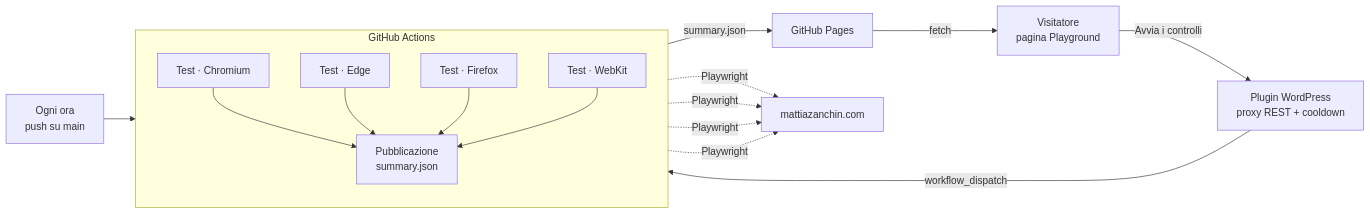
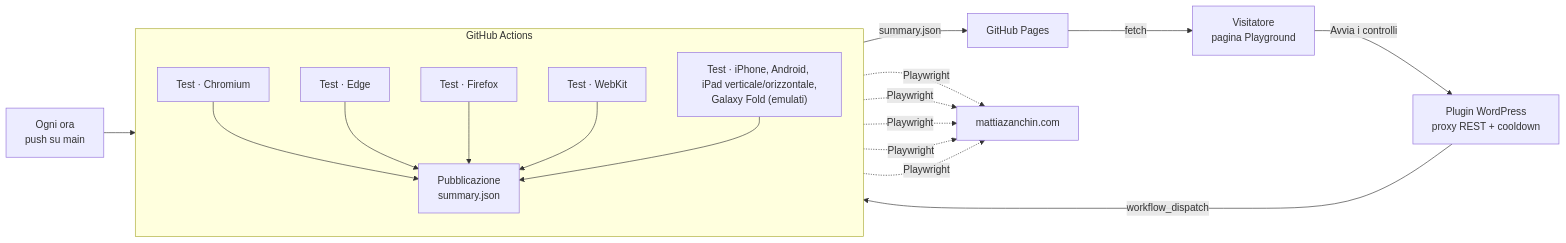
The diagram in README.it.md (MattiaZanchin94/website-quality-lab), drawn with Mermaid before and after one commit. The commit also changed other lines of this file and 7 other files, not shown here.

````diff
--- a/README.it.md
+++ b/README.it.md
@@ -16,13 +16,13 @@
 ```mermaid
 flowchart LR
     V["Visitatore<br/>pagina Playground"] -- "Avvia i controlli" --> WP["Plugin WordPress<br/>proxy REST + cooldown"]
     WP -- "workflow_dispatch" --> GA
     S["Ogni ora<br/>push su main"] --> GA
     subgraph GA["GitHub Actions"]
         direction TB
-        T1["Test · Chromium"] & T4["Test · Edge"] & T2["Test · Firefox"] & T3["Test · WebKit"] --> P["Pubblicazione<br/>summary.json"]
+        T1["Test · Chromium"] & T4["Test · Edge"] & T2["Test · Firefox"] & T3["Test · WebKit"] & T5["Test · iPhone, Android, iPad verticale/orizzontale,<br/>Galaxy Fold (emulati)"] --> P["Pubblicazione<br/>summary.json"]
     end
     P -- "summary.json" --> GP["GitHub Pages"]
     GP -- "fetch" --> V
-    T1 & T4 & T2 & T3 -. "Playwright" .-> SITE["mattiazanchin.com"]
+    T1 & T4 & T2 & T3 & T5 -. "Playwright" .-> SITE["mattiazanchin.com"]
 ```
````
